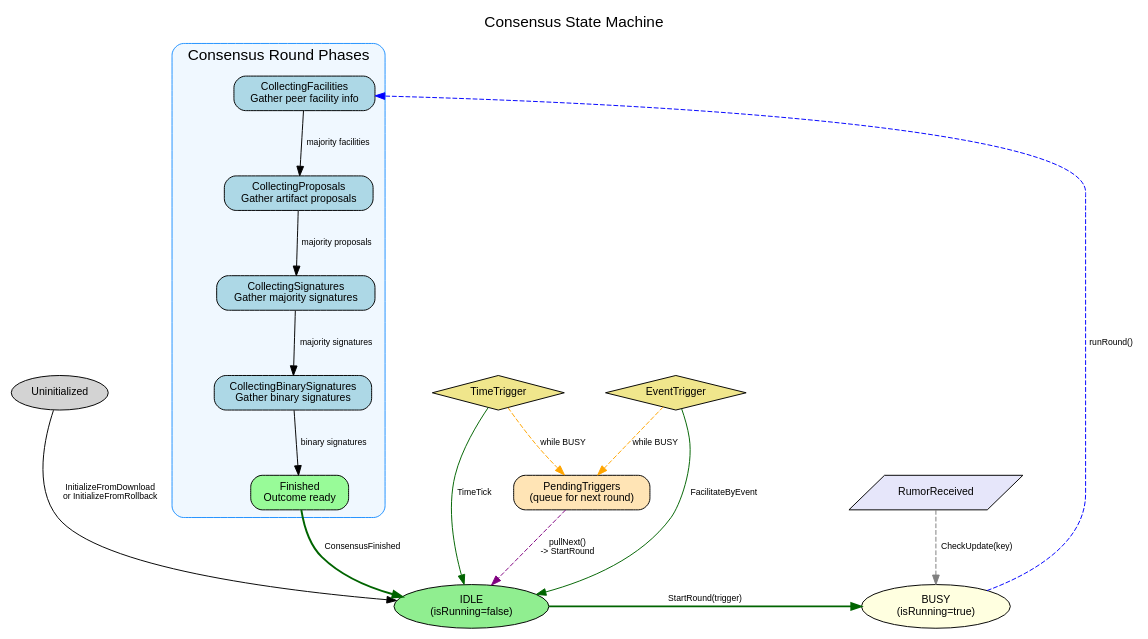
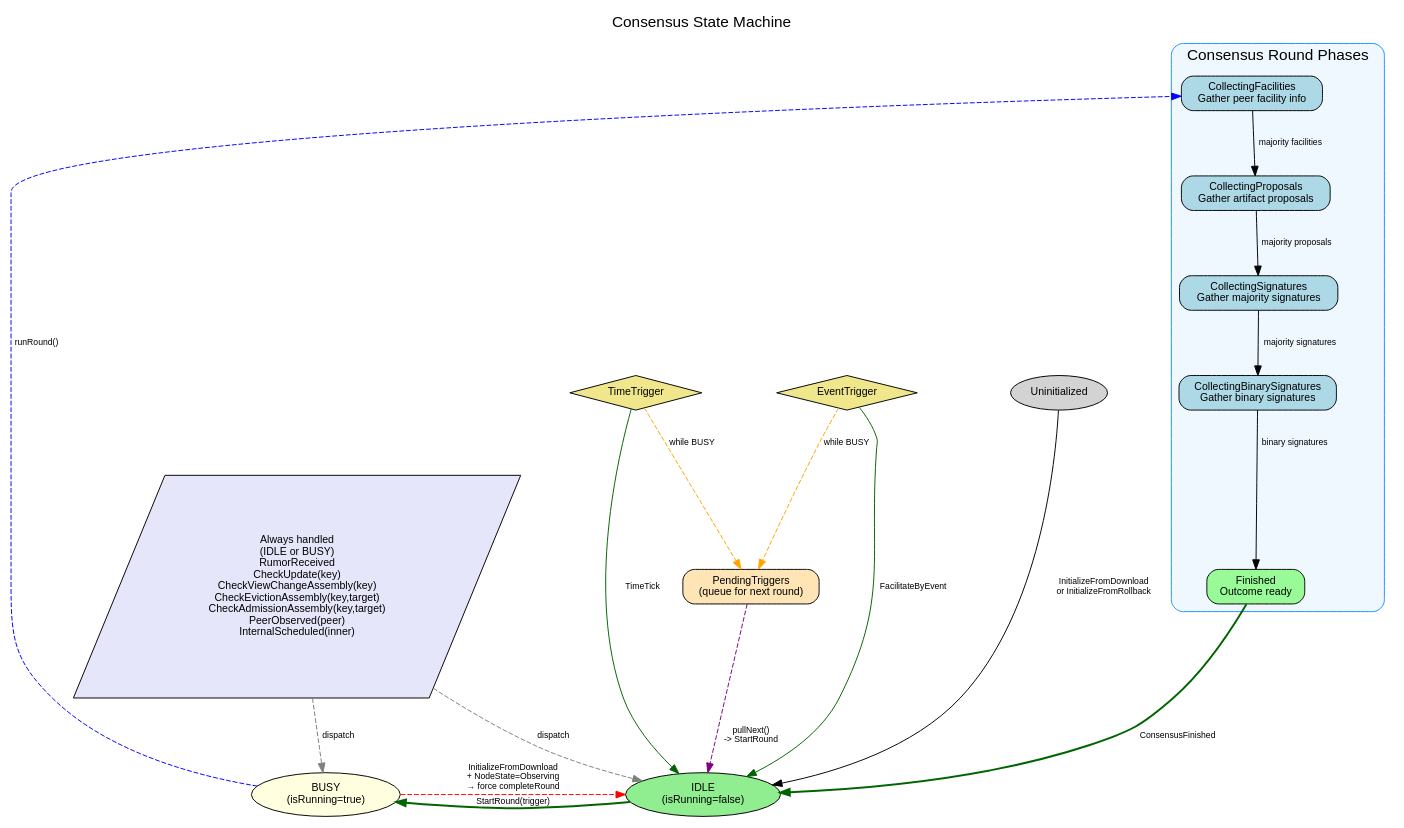
Before and after one commit to Constellation-Labs/tessellation: the diagram in docs/consensus/diagrams/consensus-fsm.dot, drawn with Graphviz. The commit also changed 20 other files, not shown here.

First line of the commit message:
docs: refresh consensus docs and diagrams for fork-recovery followup

```diff
--- a/docs/consensus/diagrams/consensus-fsm.dot
+++ b/docs/consensus/diagrams/consensus-fsm.dot
@@ -1,118 +1,124 @@
 // Consensus Finite State Machine
-// This diagram shows the consensus FSM introduced in commit d7d2b0dd4
+// Reflects ConsensusFSM.scala: parameterized ConsensusCommand[+Key,+Artifact,+Ctx,+Outcome],
+// always-handled assembly checks, and the BUSY-state recovery escape hatch.
 //
 // Render with: dot -Tpng consensus-fsm.dot -o consensus-fsm.png
 
 digraph ConsensusFSM {
     rankdir=TB;
     compound=true;
     fontname="Helvetica";
     node [fontname="Helvetica", fontsize=11];
     edge [fontname="Helvetica", fontsize=9];
     splines=true;
     nodesep=0.6;
     ranksep=0.8;
 
     // Title
     labelloc="t";
     label="Consensus State Machine";
     fontsize=16;
 
     // ========================================
     // HIGH-LEVEL FSM STATES
     // ========================================
 
     UNINITIALIZED [shape=ellipse, style=filled, fillcolor=lightgray,
                    label="Uninitialized"];
 
     IDLE [shape=ellipse, style=filled, fillcolor=lightgreen,
           label="IDLE\n(isRunning=false)"];
 
     BUSY [shape=ellipse, style=filled, fillcolor=lightyellow,
           label="BUSY\n(isRunning=true)"];
 
     // ========================================
     // CONSENSUS ROUND PHASES (Status)
     // ========================================
 
     subgraph cluster_round {
         label="Consensus Round Phases";
         style=rounded;
         color=dodgerblue;
         bgcolor=aliceblue;
 
         CollectingFacilities [shape=box, style="rounded,filled", fillcolor=lightblue,
             label="CollectingFacilities\nGather peer facility info"];
 
         CollectingProposals [shape=box, style="rounded,filled", fillcolor=lightblue,
             label="CollectingProposals\nGather artifact proposals"];
 
         CollectingSignatures [shape=box, style="rounded,filled", fillcolor=lightblue,
             label="CollectingSignatures\nGather majority signatures"];
 
         CollectingBinarySignatures [shape=box, style="rounded,filled", fillcolor=lightblue,
             label="CollectingBinarySignatures\nGather binary signatures"];
 
         Finished [shape=box, style="rounded,filled", fillcolor=palegreen,
             label="Finished\nOutcome ready"];
 
         // Phase transitions
         CollectingFacilities -> CollectingProposals [label="majority facilities"];
         CollectingProposals -> CollectingSignatures [label="majority proposals"];
         CollectingSignatures -> CollectingBinarySignatures [label="majority signatures"];
         CollectingBinarySignatures -> Finished [label="binary signatures"];
     }
 
     // ========================================
     // TRIGGERS
     // ========================================
 
     TimeTrigger [shape=diamond, style=filled, fillcolor=khaki,
                  label="TimeTrigger"];
     EventTrigger [shape=diamond, style=filled, fillcolor=khaki,
                   label="EventTrigger"];
 
     // ========================================
     // PENDING TRIGGERS (while BUSY)
     // ========================================
 
     PendingTriggers [shape=box, style="rounded,filled", fillcolor=moccasin,
                      label="PendingTriggers\n(queue for next round)"];
 
     // ========================================
     // TRANSITIONS
     // ========================================
 
     // Initialization
     UNINITIALIZED -> IDLE [label="InitializeFromDownload\nor InitializeFromRollback"];
 
     // Triggers to IDLE
     TimeTrigger -> IDLE [label="TimeTick", color=darkgreen];
     EventTrigger -> IDLE [label="FacilitateByEvent", color=darkgreen];
 
     // IDLE -> BUSY (start round)
     IDLE -> BUSY [label="StartRound(trigger)", color=darkgreen, penwidth=2];
 
     // BUSY starts the round phases
     BUSY -> CollectingFacilities [label="runRound()", style=dashed, color=blue];
 
     // Round completion
     Finished -> IDLE [label="ConsensusFinished", color=darkgreen, penwidth=2];
 
     // Pending triggers while BUSY
     TimeTrigger -> PendingTriggers [label="while BUSY", style=dashed, color=orange];
     EventTrigger -> PendingTriggers [label="while BUSY", style=dashed, color=orange];
 
     // After round completes, check pending
     PendingTriggers -> IDLE [label="pullNext()\n-> StartRound", style=dashed, color=purple];
 
-    // RumorReceived always processed
-    RumorReceived [shape=parallelogram, style=filled, fillcolor=lavender,
-                   label="RumorReceived"];
+    // Always-handled commands (independent of IDLE/BUSY).
+    // RumorReceived stores rumor; CheckUpdate / CheckXxxAssembly drive state advance.
+    AlwaysHandled [shape=parallelogram, style=filled, fillcolor=lavender,
+                   label="Always handled\n(IDLE or BUSY)\nRumorReceived\nCheckUpdate(key)\nCheckViewChangeAssembly(key)\nCheckEvictionAssembly(key,target)\nCheckAdmissionAssembly(key,target)\nPeerObserved(peer)\nInternalScheduled(inner)"];
 
-    RumorReceived -> BUSY [label="CheckUpdate(key)", style=dashed, color=gray50];
+    AlwaysHandled -> BUSY [label="dispatch", style=dashed, color=gray50];
+    AlwaysHandled -> IDLE [label="dispatch", style=dashed, color=gray50];
+
+    // Stale-round recovery escape hatch: InitializeFromDownload arrives while BUSY in Observing.
+    BUSY -> IDLE [label="InitializeFromDownload\n+ NodeState=Observing\n→ force completeRound", style=dashed, color=red];
 
     // Layout hints
     { rank=same; TimeTrigger; EventTrigger; UNINITIALIZED; }
     { rank=same; IDLE; BUSY; }
 }
```
